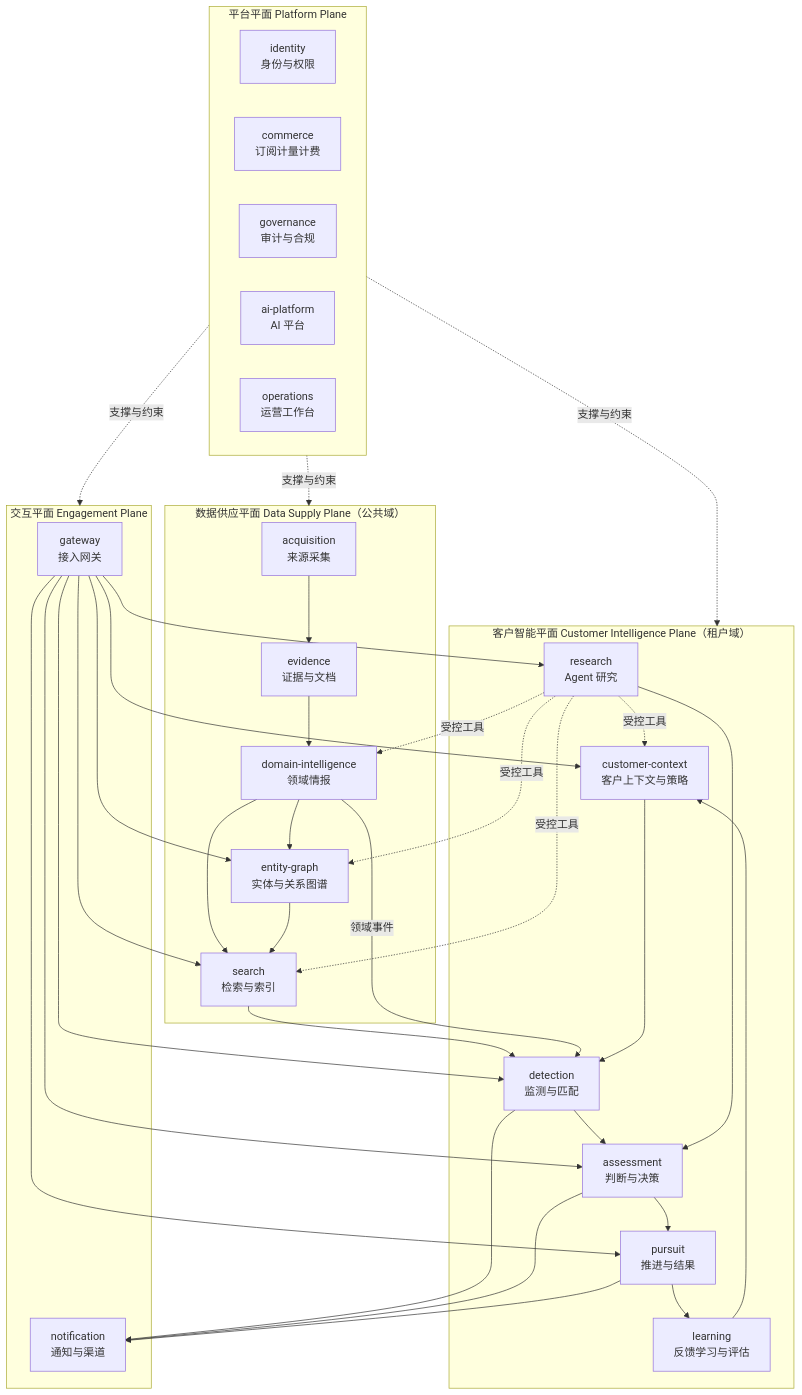
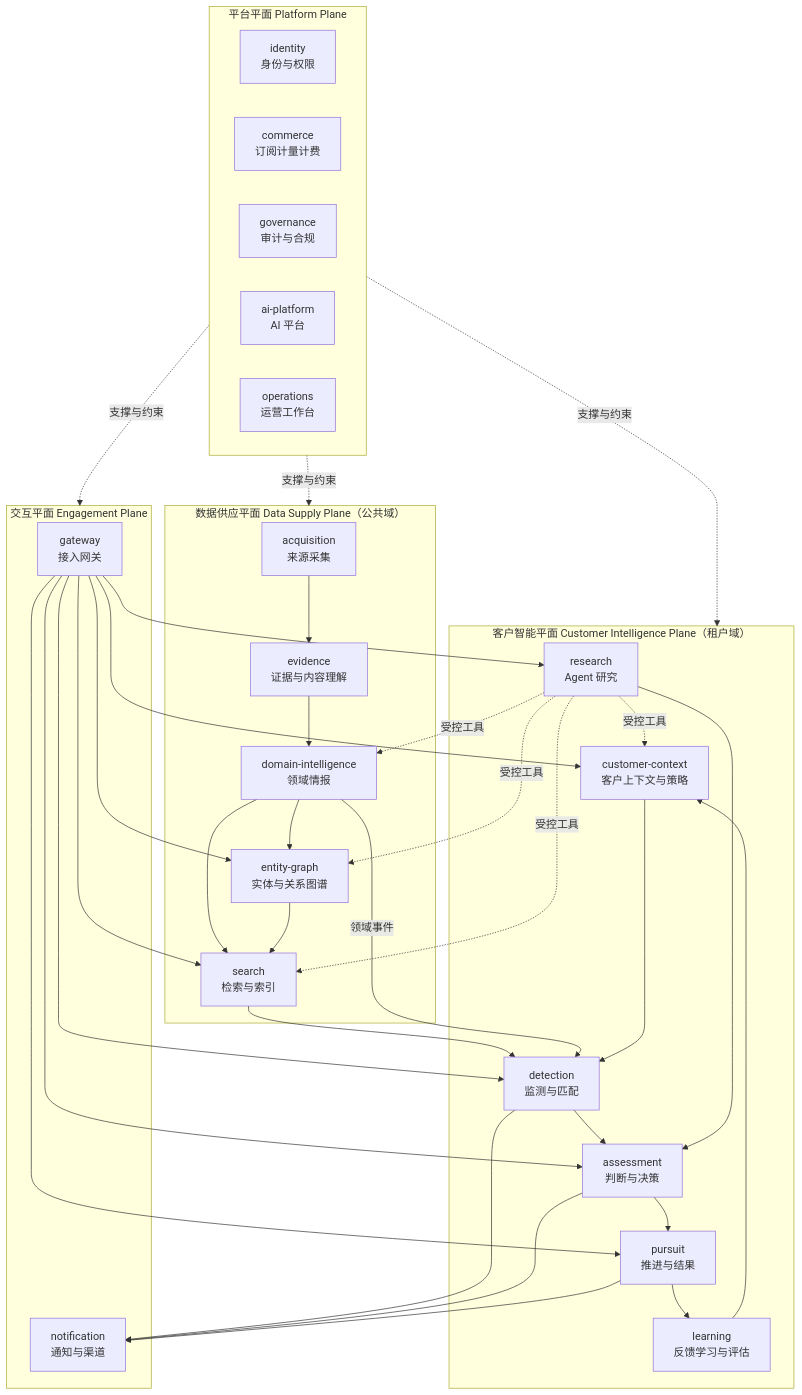
The first of 4 diagrams in docs/03-architecture/01-architecture-overview.md (SuperAILabs/MiaoQia), drawn with Mermaid before and after one commit. The commit also changed other lines of this file and 16 other files, not shown here.

````diff
--- a/docs/03-architecture/01-architecture-overview.md
+++ b/docs/03-architecture/01-architecture-overview.md
@@ -36,46 +36,46 @@
 ```mermaid
 flowchart TB
   subgraph EP["交互平面 Engagement Plane"]
     GWY["gateway<br/>接入网关"]
     NTF["notification<br/>通知与渠道"]
   end
 
   subgraph CIP["客户智能平面 Customer Intelligence Plane（租户域）"]
     CTX["customer-context<br/>客户上下文与策略"]
     DET["detection<br/>监测与匹配"]
     RES["research<br/>Agent 研究"]
     ASM["assessment<br/>判断与决策"]
     PUR["pursuit<br/>推进与结果"]
     LRN["learning<br/>反馈学习与评估"]
   end
 
   subgraph DSP["数据供应平面 Data Supply Plane（公共域）"]
     ACQ["acquisition<br/>来源采集"]
-    EVD["evidence<br/>证据与文档"]
+    EVD["evidence<br/>证据与内容理解"]
     DOM["domain-intelligence<br/>领域情报"]
     ENT["entity-graph<br/>实体与关系图谱"]
     SRH["search<br/>检索与索引"]
   end
 
   subgraph PP["平台平面 Platform Plane"]
     IAM["identity<br/>身份与权限"]
     COM["commerce<br/>订阅计量计费"]
     GOV["governance<br/>审计与合规"]
     AIP["ai-platform<br/>AI 平台"]
     OPS["operations<br/>运营工作台"]
   end
 
   ACQ --> EVD --> DOM --> ENT
   DOM --> SRH
   ENT --> SRH
   SRH --> DET
   DOM -- 领域事件 --> DET
   CTX --> DET
   DET --> ASM
   RES --> ASM --> PUR
   PUR --> LRN --> CTX
   RES -. 受控工具 .-> SRH & ENT & DOM & CTX
   GWY --> CTX & DET & RES & ASM & PUR & SRH & ENT
   DET & ASM & PUR --> NTF
   PP -. 支撑与约束 .-> EP & CIP & DSP
 ```
````
